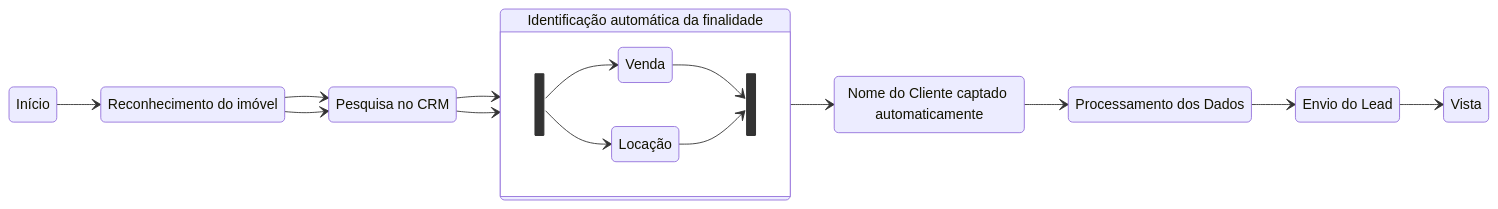
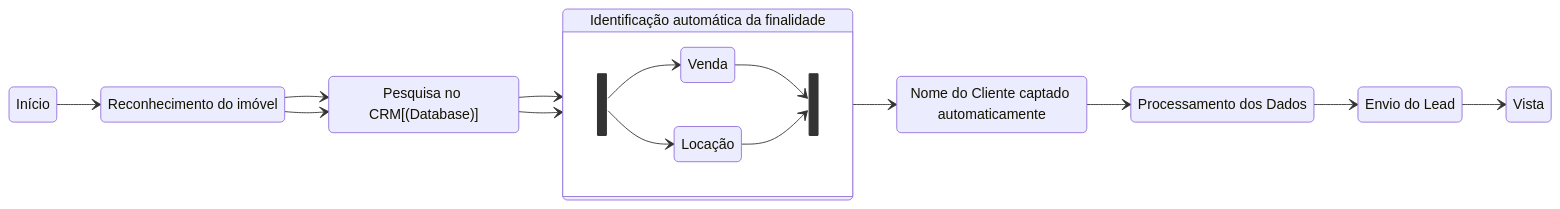
The second of 2 diagrams in readme.md (pepeleascov/cmsouza), drawn with Mermaid before and after one commit.

````diff
--- a/readme.md
+++ b/readme.md
@@ -163,32 +163,32 @@
 ```mermaid
 stateDiagram
     1: Reconhecimento do imóvel
-    2: Pesquisa no CRM
+    2: Pesquisa no CRM[(Database)]
     3: Identificação automática da finalidade
     v: Venda
     l: Locação
     4: Nome do Cliente captado automaticamente
     5: Processamento dos Dados
     6: Envio do Lead
     direction LR
     
     Início --> 1
     1 --> 2
     2 --> 3
     state 3 {
     state fork_state <<fork>>
     direction LR
         fork_state
         fork_state --> v
         fork_state --> l
     state join_state <<join>>
     v --> join_state
     l --> join_state
     }
     1 --> 2
     2 --> 3
     3 --> 4
     4 --> 5
     5 --> 6
     6 --> Vista
 ```
````
